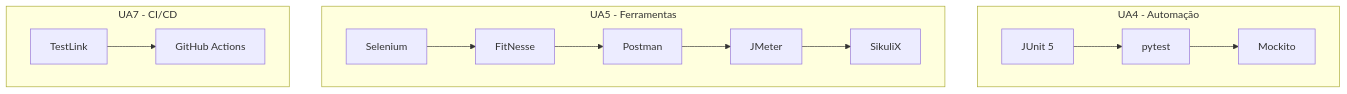
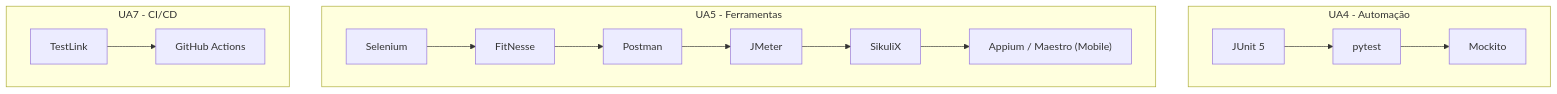
Before and after one commit to giovanebarcelos/gqs-sandbox: the diagram in class01/diagrams/GQS01-D03-flowchart.mmd, drawn with Mermaid.

Commit message:
docs: adiciona Appium/Maestro ao mapa de ferramentas da UA5 (class01)
Sincroniza o diagrama do panorama de ferramentas do curso (Aula 01)
com a nova aula 21B (Testes Mobile), refletindo o mesmo no.

```diff
--- a/class01/diagrams/GQS01-D03-flowchart.mmd
+++ b/class01/diagrams/GQS01-D03-flowchart.mmd
@@ -1,14 +1,15 @@
 flowchart TD
     subgraph UA4[UA4 - Automação]
         J[JUnit 5] --> P[pytest]
         P --> M[Mockito]
     end
     subgraph UA5[UA5 - Ferramentas]
         S[Selenium] --> F[FitNesse]
         F --> PT[Postman]
         PT --> JM[JMeter]
         JM --> SK[SikuliX]
+        SK --> MOB["Appium / Maestro (Mobile)"]
     end
     subgraph UA7[UA7 - CI/CD]
         TL[TestLink] --> GA[GitHub Actions]
     end
```
